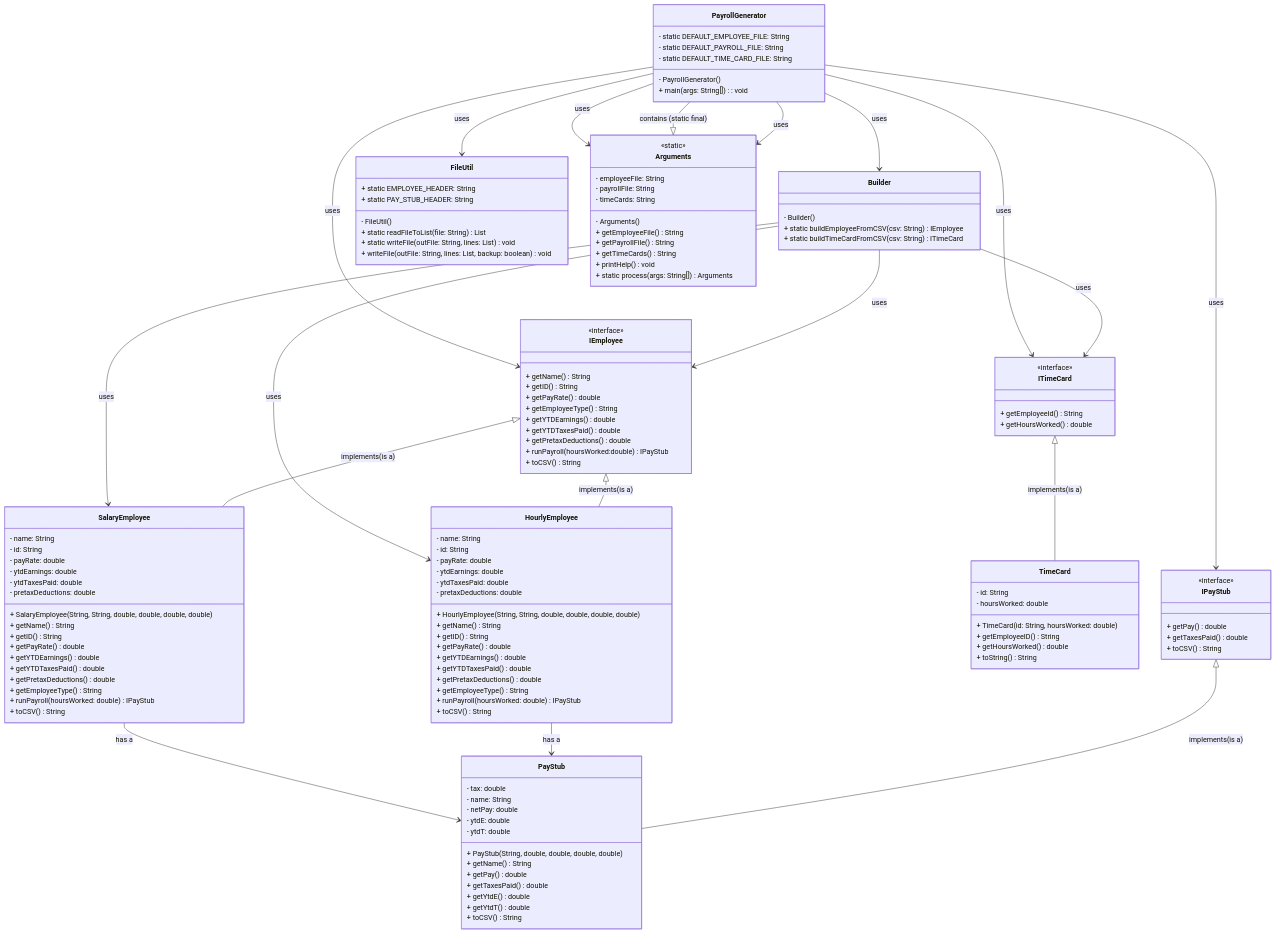
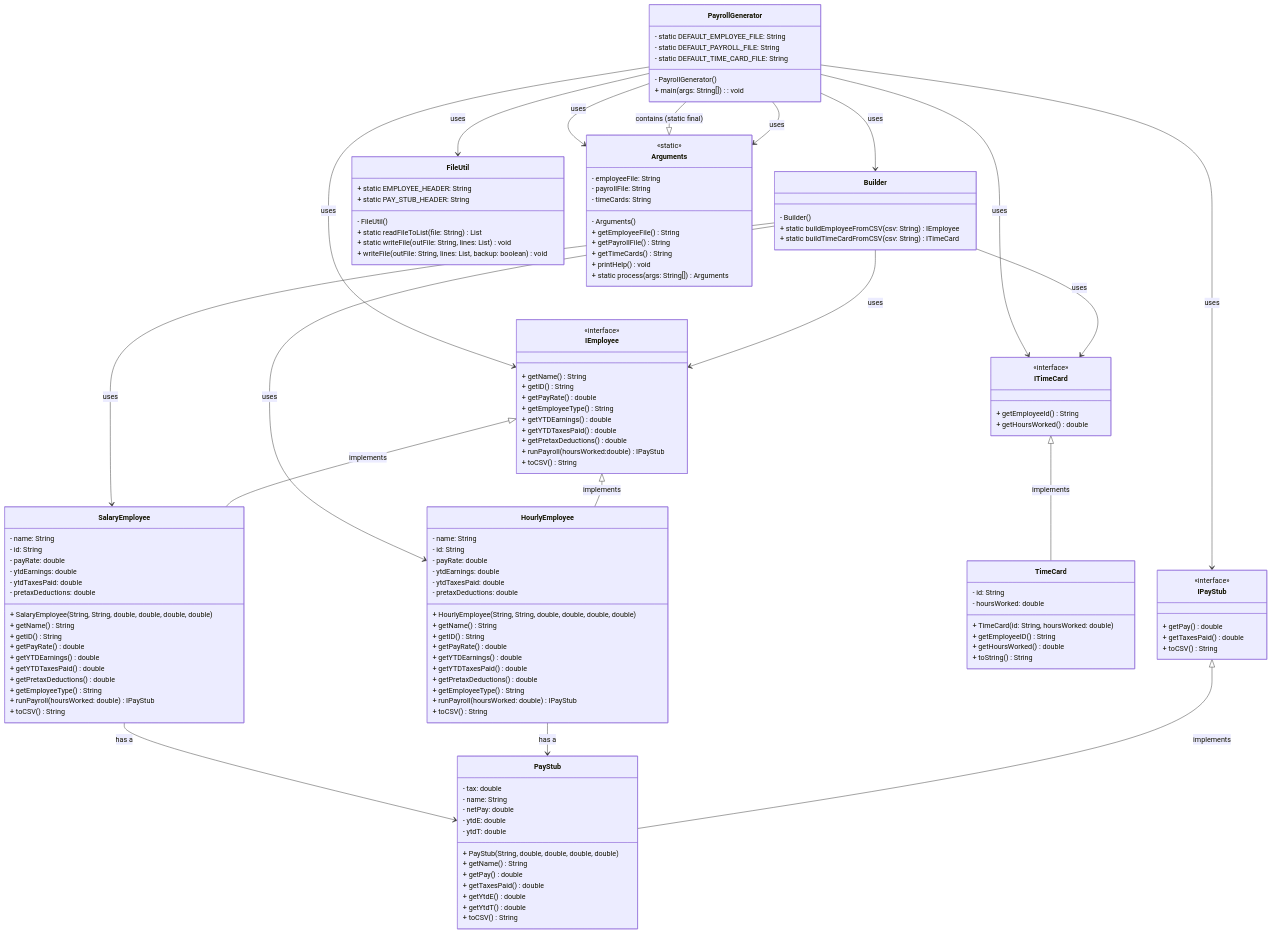
One commit to 5004-SEA-Fa24-Geeng/payroll-gen-jiaming2li changed the diagram in uml diagram.mmd. Above: the diagram before and after it, drawn with Mermaid. The commit also changed 9 other files, not shown here.

```diff
--- a/uml diagram.mmd
+++ b/uml diagram.mmd
@@ -1,162 +1,162 @@
 classDiagram
 
 
 
-    IEmployee <|-- HourlyEmployee: implements(is a)
-    IEmployee <|-- SalaryEmployee: implements(is a)
-    ITimeCard <|-- TimeCard: implements(is a)
-    IPayStub <|-- PayStub: implements(is a)
+    IEmployee <|-- HourlyEmployee: implements
+    IEmployee <|-- SalaryEmployee: implements
+    ITimeCard <|-- TimeCard: implements
+    IPayStub <|-- PayStub: implements
 
     HourlyEmployee --> PayStub: has a
     SalaryEmployee --> PayStub: has a
 
     Builder --> ITimeCard:uses
     Builder --> IEmployee:uses
     Builder --> SalaryEmployee:uses
     Builder --> HourlyEmployee:uses
 
     PayrollGenerator --> Builder:uses
     PayrollGenerator --> FileUtil:uses
     PayrollGenerator --> Arguments:uses
     PayrollGenerator --> IEmployee:uses
     PayrollGenerator --> ITimeCard:uses
     PayrollGenerator --> IPayStub:uses
 
     PayrollGenerator --|> Arguments : contains (static final)
     PayrollGenerator --> Arguments : uses
 
     class IEmployee {
         <<interface>>
         + getName() String
         + getID() String
         + getPayRate() double
         + getEmployeeType() String
         + getYTDEarnings() double
         + getYTDTaxesPaid() double
         + getPretaxDeductions() double
         + runPayroll(hoursWorked:double) IPayStub
         + toCSV() String
     }
 
 
 
 
     class ITimeCard {
         <<interface>>
         + getEmployeeId() String
         + getHoursWorked() double
     }
 
 
     class IPayStub {
         <<interface>>
         + getPay() double
         + getTaxesPaid() double
         + toCSV() String
     }
 
 
     class PayStub {
     - tax: double
     - name: String
     - netPay: double
     - ytdE: double
     - ytdT: double
     + PayStub(String, double, double, double, double)
     + getName() String
     + getPay() double
     + getTaxesPaid() double
     + getYtdE() double
     + getYtdT() double
     + toCSV() String
     }
 
 
     class TimeCard {
         - id: String
         - hoursWorked: double
         + TimeCard(id: String, hoursWorked: double)
         + getEmployeeID() String
         + getHoursWorked() double
         + toString() String
     }
 
 
     class SalaryEmployee {
         - name: String
         - id: String
         - payRate: double
         - ytdEarnings: double
         - ytdTaxesPaid: double
         - pretaxDeductions: double
         + SalaryEmployee(String, String, double, double, double, double)
         + getName() String
         + getID() String
         + getPayRate() double
         + getYTDEarnings() double
         + getYTDTaxesPaid() double
         + getPretaxDeductions() double
         + getEmployeeType() String
         + runPayroll(hoursWorked: double) IPayStub
         + toCSV() String
     }
 
 
     class HourlyEmployee {
         - name: String
         - id: String
         - payRate: double
         - ytdEarnings: double
         - ytdTaxesPaid: double
         - pretaxDeductions: double
         + HourlyEmployee(String, String, double, double, double, double)
         + getName() String
         + getID() String
         + getPayRate() double
         + getYTDEarnings() double
         + getYTDTaxesPaid() double
         + getPretaxDeductions() double
         + getEmployeeType() String
         + runPayroll(hoursWorked: double) IPayStub
         + toCSV() String
     }
 
 
     class FileUtil {
     + static EMPLOYEE_HEADER: String
     + static PAY_STUB_HEADER: String
     - FileUtil()
     + static readFileToList(file: String) List<String>
     + static writeFile(outFile: String, lines: List<String>) void
     + writeFile(outFile: String, lines: List<String>, backup: boolean) void
     }
 
 
     class PayrollGenerator {
     - static DEFAULT_EMPLOYEE_FILE: String
     - static DEFAULT_PAYROLL_FILE: String
     - static DEFAULT_TIME_CARD_FILE: String
     - PayrollGenerator()
     + main(args: String[]): void
     }
 
 
     class Builder {
         - Builder()
         + static buildEmployeeFromCSV(csv: String) IEmployee
         + static buildTimeCardFromCSV(csv: String) ITimeCard
     }
 
 
     class Arguments {
         <<static>>
         - employeeFile: String
         - payrollFile: String
         - timeCards: String
         - Arguments()
         + getEmployeeFile() String
         + getPayrollFile() String
         + getTimeCards() String
         + printHelp() void
         + static process(args: String[]) Arguments
     }
```
